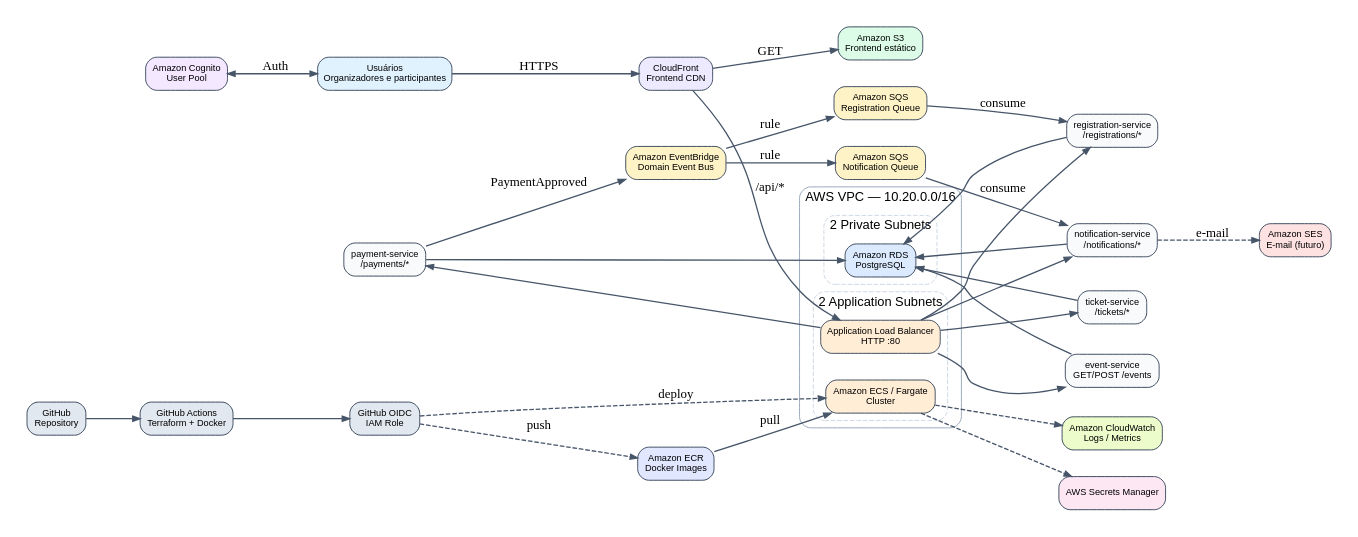
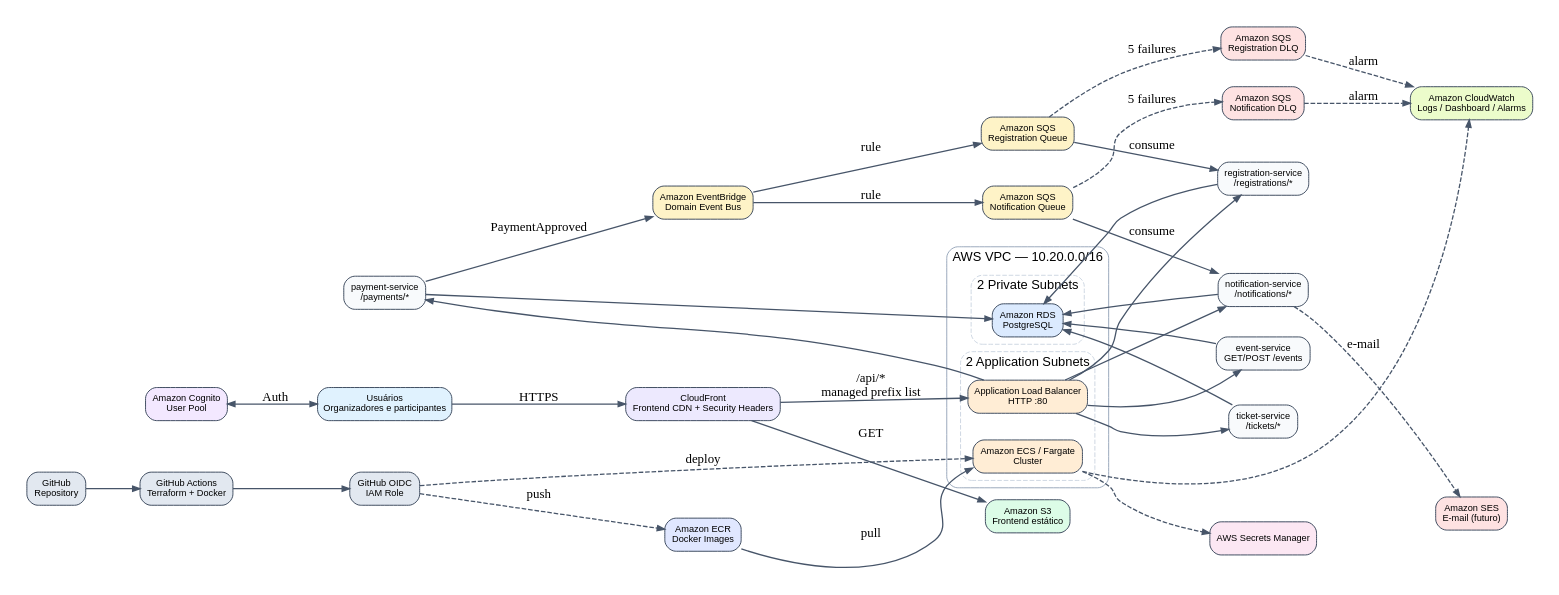
Before and after one commit to evandromendes08/PRR---AWS-DevOps: the diagram in architecture/architecture.dot, drawn with Graphviz. The commit also changed 26 other files, not shown here.

```diff
--- a/architecture/architecture.dot
+++ b/architecture/architecture.dot
@@ -1,67 +1,73 @@
 digraph G {
   graph [rankdir=LR, bgcolor="white", fontname="Arial", pad="0.3", nodesep="0.4", ranksep="0.8"];
   node [shape=box, style="rounded,filled", fontname="Arial", fontsize=10, color="#334155", fillcolor="#f8fafc"];
   edge [color="#475569", penwidth=1.4, arrowsize=0.8];
 
   users [label="Usuários\nOrganizadores e participantes", fillcolor="#e0f2fe"];
-  cf [label="CloudFront\nFrontend CDN", fillcolor="#ede9fe"];
+  cf [label="CloudFront\nFrontend CDN + Security Headers", fillcolor="#ede9fe"];
   s3 [label="Amazon S3\nFrontend estático", fillcolor="#dcfce7"];
   alb [label="Application Load Balancer\nHTTP :80", fillcolor="#ffedd5"];
   cognito [label="Amazon Cognito\nUser Pool", fillcolor="#f3e8ff"];
 
   subgraph cluster_vpc {
     label="AWS VPC — 10.20.0.0/16";
     color="#94a3b8"; style="rounded";
     subgraph cluster_public {
       label="2 Application Subnets"; color="#cbd5e1"; style="rounded,dashed";
       alb;
       ecs [label="Amazon ECS / Fargate\nCluster", fillcolor="#ffedd5"];
     }
     subgraph cluster_private {
       label="2 Private Subnets"; color="#cbd5e1"; style="rounded,dashed";
       rds [label="Amazon RDS\nPostgreSQL", fillcolor="#dbeafe"];
     }
   }
 
   event [label="event-service\nGET/POST /events"];
   ticket [label="ticket-service\n/tickets/*"];
   reg [label="registration-service\n/registrations/*"];
   pay [label="payment-service\n/payments/*"];
   notif [label="notification-service\n/notifications/*"];
 
   bus [label="Amazon EventBridge\nDomain Event Bus", fillcolor="#fef3c7"];
   sqs_reg [label="Amazon SQS\nRegistration Queue", fillcolor="#fef3c7"];
   sqs_notif [label="Amazon SQS\nNotification Queue", fillcolor="#fef3c7"];
+  dlq_reg [label="Amazon SQS\nRegistration DLQ", fillcolor="#fee2e2"];
+  dlq_notif [label="Amazon SQS\nNotification DLQ", fillcolor="#fee2e2"];
   ses [label="Amazon SES\nE-mail (futuro)", fillcolor="#fee2e2"];
   ecr [label="Amazon ECR\nDocker Images", fillcolor="#e0e7ff"];
-  cw [label="Amazon CloudWatch\nLogs / Metrics", fillcolor="#ecfccb"];
+  cw [label="Amazon CloudWatch\nLogs / Dashboard / Alarms", fillcolor="#ecfccb"];
   secrets [label="AWS Secrets Manager", fillcolor="#fce7f3"];
   github [label="GitHub\nRepository", fillcolor="#e2e8f0"];
   actions [label="GitHub Actions\nTerraform + Docker", fillcolor="#e2e8f0"];
   oidc [label="GitHub OIDC\nIAM Role", fillcolor="#e2e8f0"];
 
   users -> cf [label="HTTPS"];
   cf -> s3 [label="GET"];
-  cf -> alb [label="/api/*"];
+  cf -> alb [label="/api/*\nmanaged prefix list"];
   alb -> event;
   alb -> ticket;
   alb -> reg;
   alb -> pay;
   alb -> notif;
   cognito -> users [dir=both, label="Auth"];
 
   event -> rds; ticket -> rds; reg -> rds; pay -> rds; notif -> rds;
   pay -> bus [label="PaymentApproved"];
   bus -> sqs_reg [label="rule"];
   bus -> sqs_notif [label="rule"];
   sqs_reg -> reg [label="consume"];
   sqs_notif -> notif [label="consume"];
+  sqs_reg -> dlq_reg [label="5 failures", style=dashed];
+  sqs_notif -> dlq_notif [label="5 failures", style=dashed];
+  dlq_reg -> cw [label="alarm", style=dashed];
+  dlq_notif -> cw [label="alarm", style=dashed];
   notif -> ses [label="e-mail", style=dashed];
   ecr -> ecs [label="pull"];
   ecs -> cw [style=dashed];
   ecs -> secrets [style=dashed];
   github -> actions;
   actions -> oidc;
   oidc -> ecr [label="push", style=dashed];
   oidc -> ecs [label="deploy", style=dashed];
 }
```
